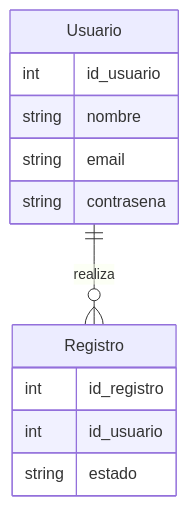
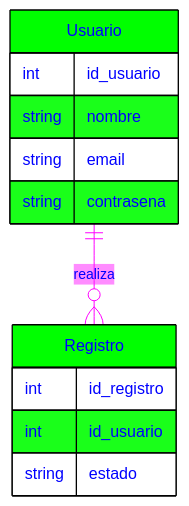
One commit to SaulBenedeSoler/EjercicioReadMe changed diagram 12 of 19 in ReadMe.md. Above: the diagram before and after it, drawn with Mermaid. The commit also changed other lines of this file and 3 other files, not shown here.

Commit message:
Insercción de diagramas

````diff
--- a/ReadMe.md
+++ b/ReadMe.md
@@ -430,18 +434,27 @@
 ```mermaid
+
+%%{init: {'theme': 'base', 'themeVariables': {
+    'primaryColor': '#00FF00',
+    'labelBackground': '#FF0000',
+    'primaryTextColor': '#0000FF',
+    'lineColor': '#FF00FF',
+    'primaryBorderColor': '#000000'
+}}}%%
+
     erDiagram
     Usuario || --o{ Registro : realiza
 
     Usuario {
         int id_usuario
         string nombre
         string email
         string contrasena
     }
 
     Registro {
         int id_registro
         int id_usuario
         string estado
     }
 
 ```
````
